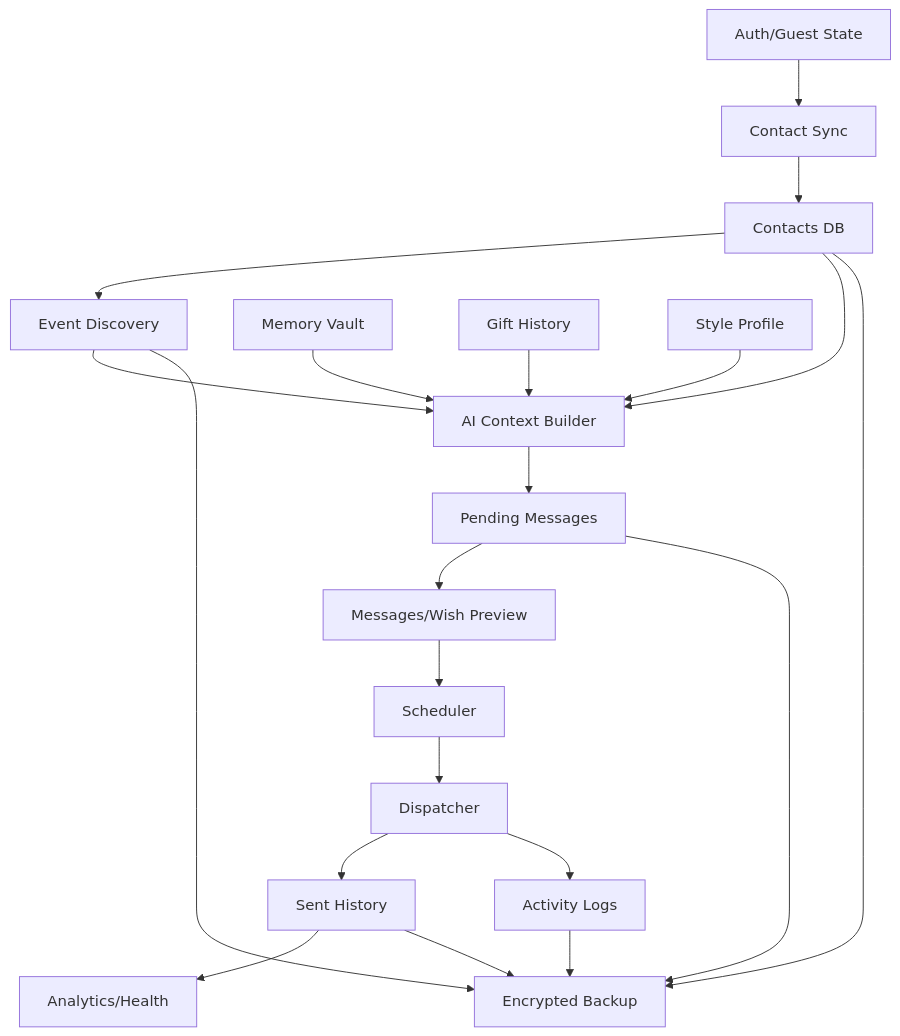
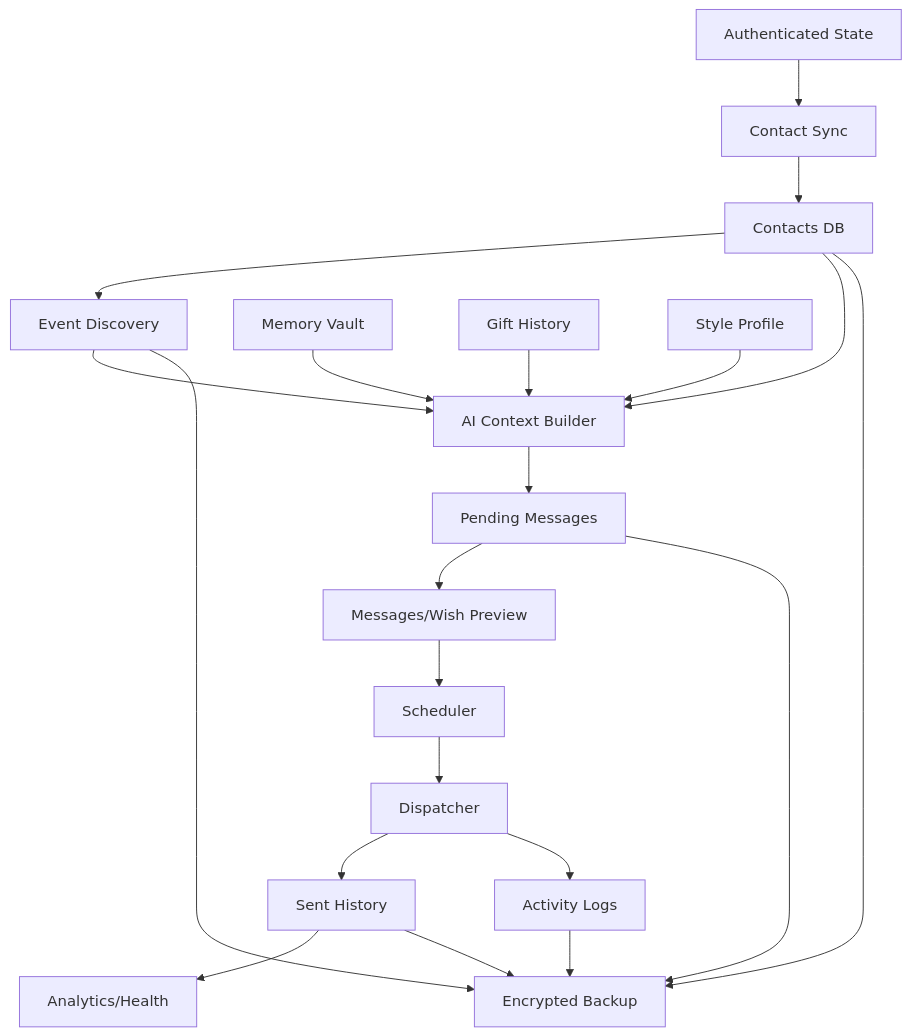
The diagram in PRODUCT_UX_WORKFLOW_TECHNICAL_ANALYSIS.md (yhsomani/AI-Birthday), drawn with Mermaid before and after one commit. The commit also changed other lines of this file and 43 other files, not shown here.

````diff
--- a/PRODUCT_UX_WORKFLOW_TECHNICAL_ANALYSIS.md
+++ b/PRODUCT_UX_WORKFLOW_TECHNICAL_ANALYSIS.md
@@ -79,23 +79,23 @@
 ```mermaid
 flowchart TD
-  Auth[Auth/Guest State] --> Sync[Contact Sync]
+  Auth[Authenticated State] --> Sync[Contact Sync]
   Sync --> Contacts[Contacts DB]
   Contacts --> Events[Event Discovery]
   Contacts --> AI[AI Context Builder]
   Events --> AI
   Memories[Memory Vault] --> AI
   Gifts[Gift History] --> AI
   Style[Style Profile] --> AI
   AI --> Drafts[Pending Messages]
   Drafts --> Review[Messages/Wish Preview]
   Review --> Schedule[Scheduler]
   Schedule --> Dispatch[Dispatcher]
   Dispatch --> Sent[Sent History]
   Dispatch --> Activity[Activity Logs]
   Sent --> Analytics[Analytics/Health]
   Contacts --> Backup[Encrypted Backup]
   Events --> Backup
   Drafts --> Backup
   Sent --> Backup
   Activity --> Backup
 ```
````
